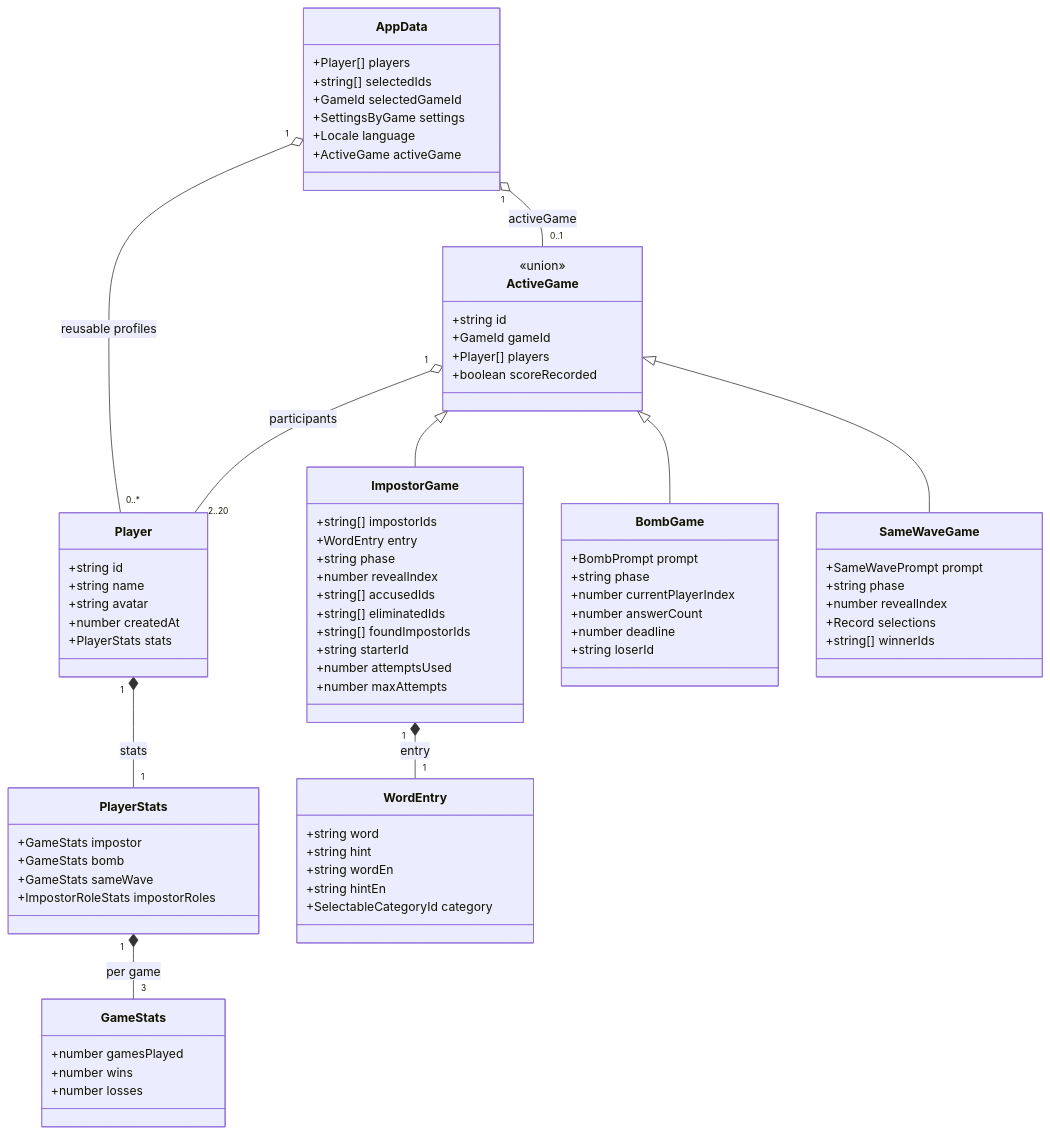
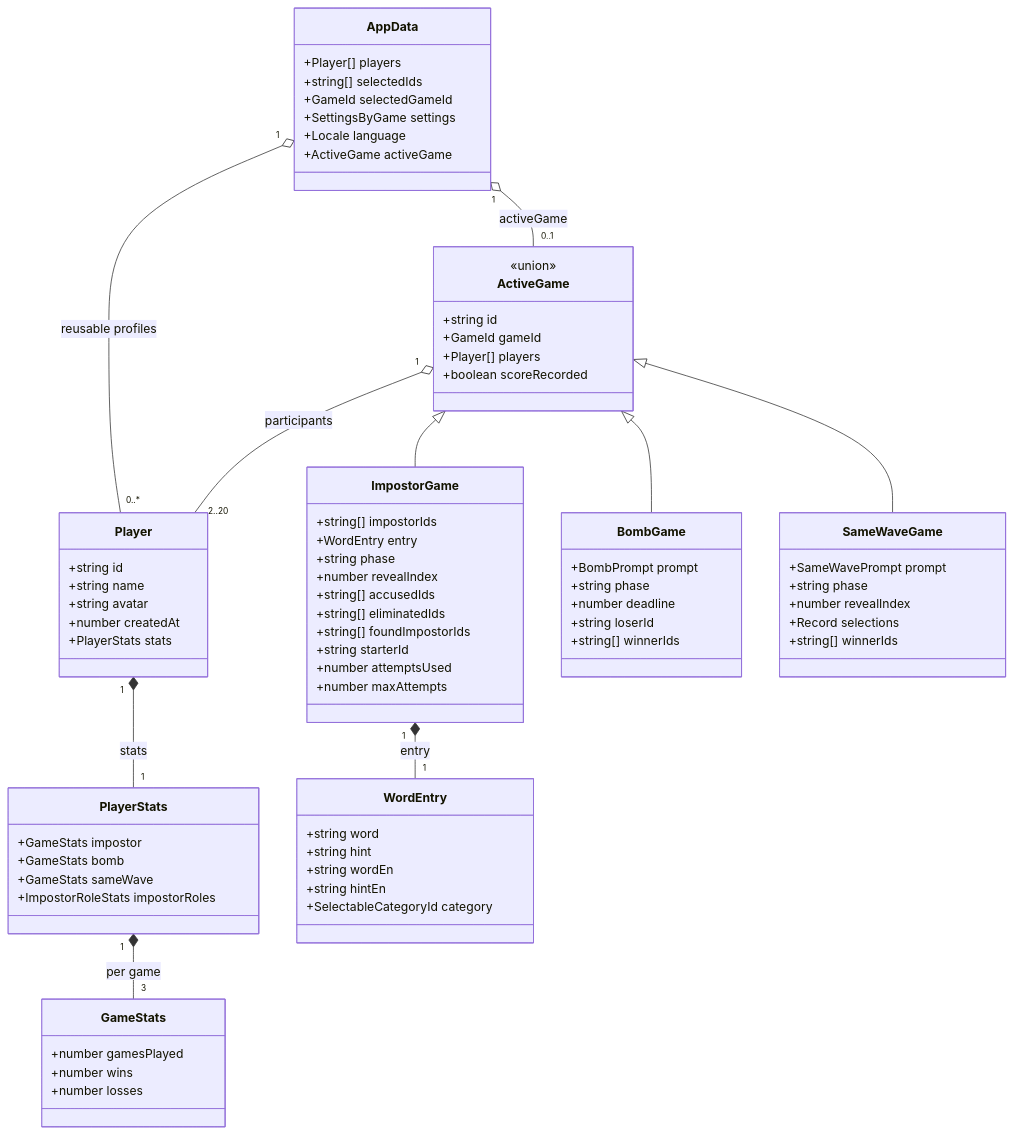
Before and after one commit to LucaSforza/ImpostorGame: the diagram in kb/indexeddb.md, drawn with Mermaid. The commit also changed other lines of this file and 34 other files, not shown here.

````diff
--- a/kb/indexeddb.md
+++ b/kb/indexeddb.md
@@ -17,79 +17,78 @@
 ```mermaid
 classDiagram
   class AppData {
     +Player[] players
     +string[] selectedIds
     +GameId selectedGameId
     +SettingsByGame settings
     +Locale language
     +ActiveGame activeGame
   }
   class Player {
     +string id
     +string name
     +string avatar
     +number createdAt
     +PlayerStats stats
   }
   class PlayerStats {
     +GameStats impostor
     +GameStats bomb
     +GameStats sameWave
     +ImpostorRoleStats impostorRoles
   }
   class GameStats {
     +number gamesPlayed
     +number wins
     +number losses
   }
   class ActiveGame {
     <<union>>
     +string id
     +GameId gameId
     +Player[] players
     +boolean scoreRecorded
   }
   class ImpostorGame {
     +string[] impostorIds
     +WordEntry entry
     +string phase
     +number revealIndex
     +string[] accusedIds
     +string[] eliminatedIds
     +string[] foundImpostorIds
     +string starterId
     +number attemptsUsed
     +number maxAttempts
   }
   class BombGame {
     +BombPrompt prompt
     +string phase
-    +number currentPlayerIndex
-    +number answerCount
     +number deadline
     +string loserId
+    +string[] winnerIds
   }
   class SameWaveGame {
     +SameWavePrompt prompt
     +string phase
     +number revealIndex
     +Record selections
     +string[] winnerIds
   }
   class WordEntry {
     +string word
     +string hint
     +string wordEn
     +string hintEn
     +SelectableCategoryId category
   }
   AppData "1" o-- "0..*" Player : reusable profiles
   Player "1" *-- "1" PlayerStats : stats
   PlayerStats "1" *-- "3" GameStats : per game
   AppData "1" o-- "0..1" ActiveGame : activeGame
   ActiveGame <|-- ImpostorGame
   ActiveGame <|-- BombGame
   ActiveGame <|-- SameWaveGame
   ActiveGame "1" o-- "2..20" Player : participants
   ImpostorGame "1" *-- "1" WordEntry : entry
 ```
````
